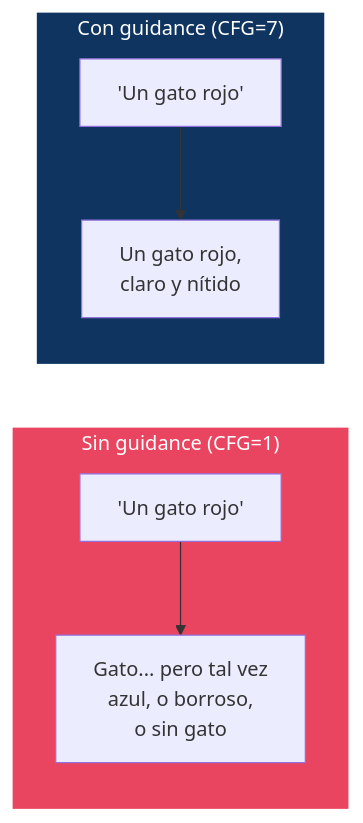
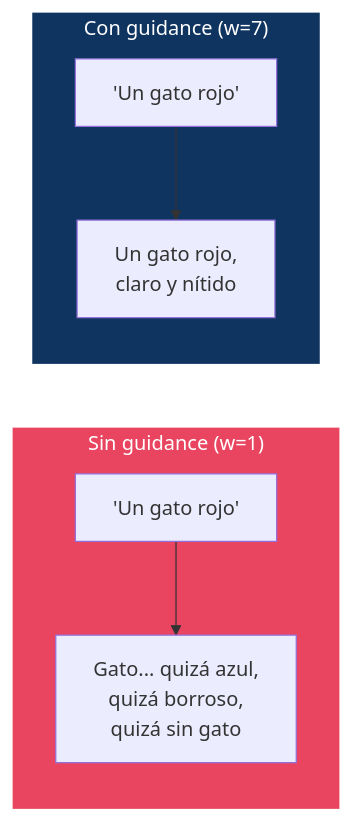
The first of 2 diagrams in 09-guidance/README.md (DavidDevGt/DifusionReal), drawn with Mermaid before and after one commit. The commit also changed other lines of this file, not shown here.

````diff
--- a/09-guidance/README.md
+++ b/09-guidance/README.md
@@ -24,12 +25,12 @@
 ```mermaid
 graph LR
-    subgraph NoGuidance ["Sin guidance (CFG=1)"]
-        A1["'Un gato rojo'"] --> B1["Gato... pero tal vez<br/>azul, o borroso,<br/>o sin gato"]
+    subgraph NoGuidance ["Sin guidance (w=1)"]
+        A1["'Un gato rojo'"] --> B1["Gato... quizá azul,<br/>quizá borroso,<br/>quizá sin gato"]
     end
-    subgraph WithGuidance ["Con guidance (CFG=7)"]
+    subgraph WithGuidance ["Con guidance (w=7)"]
         A2["'Un gato rojo'"] --> B2["Un gato rojo,<br/>claro y nítido"]
     end
 
     style NoGuidance fill:#e94560,stroke:#fff,color:#fff
     style WithGuidance fill:#0f3460,stroke:#fff,color:#fff
 ```
````
